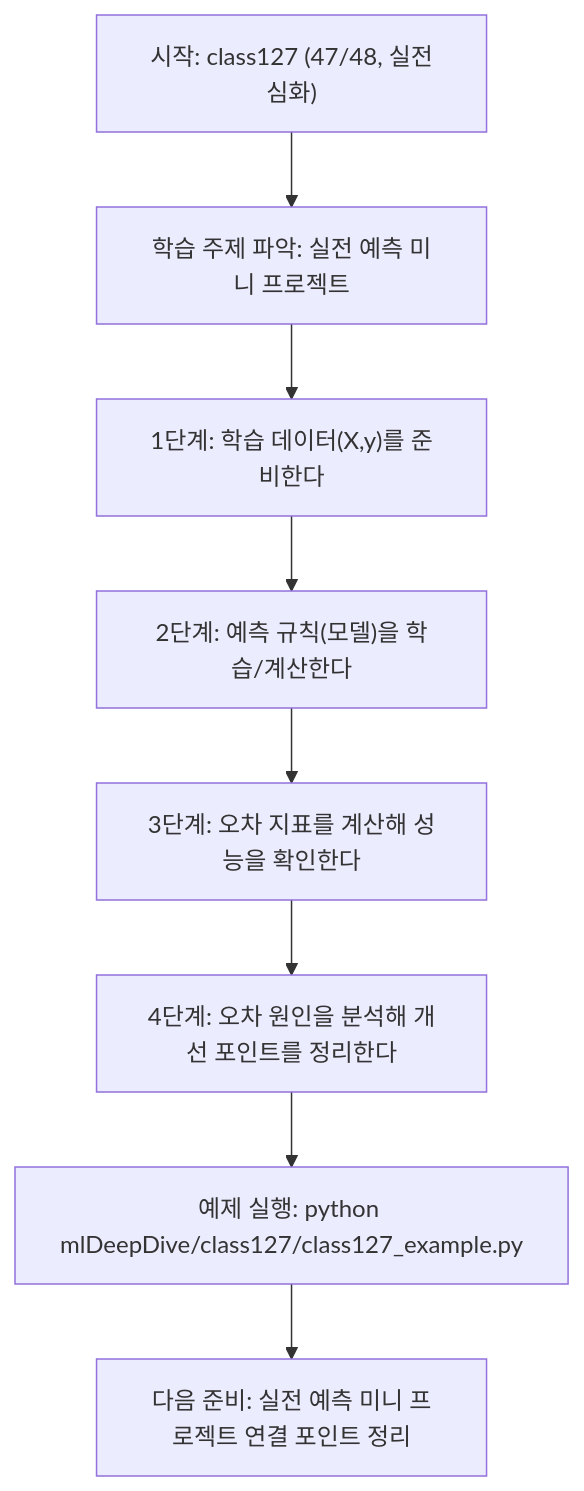
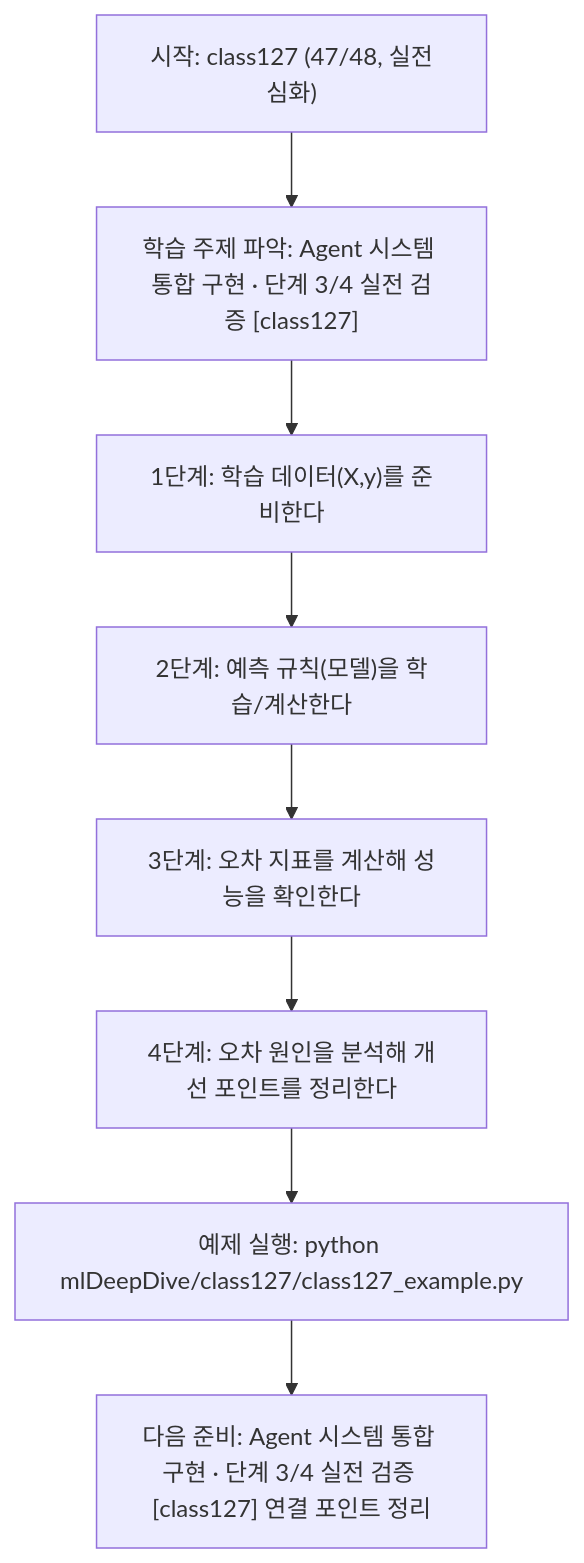
Before and after one commit to edumgt/Python-AI_Agent-Class: the diagram in mlDeepDive/class127/class127.md, drawn with Mermaid. The commit also changed other lines of this file and 522 other files, not shown here.

````diff
--- a/mlDeepDive/class127/class127.md
+++ b/mlDeepDive/class127/class127.md
@@ -110,18 +111,18 @@
 ```mermaid
 flowchart TD
 N1["시작: class127 (47/48, 실전심화)"]
-N2["학습 주제 파악: 실전 예측 미니 프로젝트"]
+N2["학습 주제 파악: Agent 시스템 통합 구현 · 단계 3/4 실전 검증 [class127]"]
 N3["1단계: 학습 데이터(X,y)를 준비한다"]
 N4["2단계: 예측 규칙(모델)을 학습/계산한다"]
 N5["3단계: 오차 지표를 계산해 성능을 확인한다"]
 N6["4단계: 오차 원인을 분석해 개선 포인트를 정리한다"]
 N7["예제 실행: python mlDeepDive/class127/class127_example.py"]
-N8["다음 준비: 실전 예측 미니 프로젝트 연결 포인트 정리"]
+N8["다음 준비: Agent 시스템 통합 구현 · 단계 3/4 실전 검증 [class127] 연결 포인트 정리"]
 N1 --> N2
 N2 --> N3
 N3 --> N4
 N4 --> N5
 N5 --> N6
 N6 --> N7
 N7 --> N8
 ```
````
